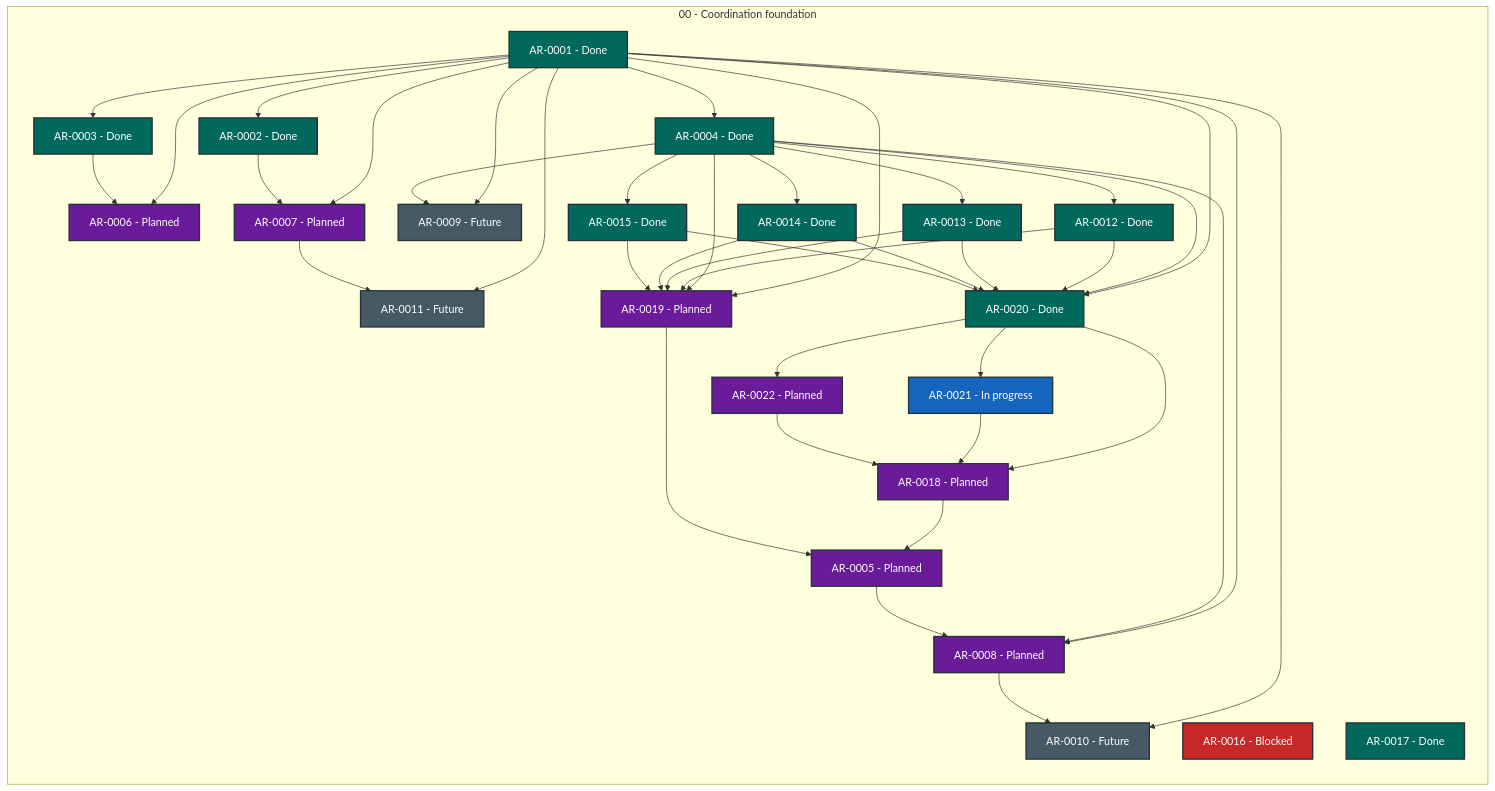
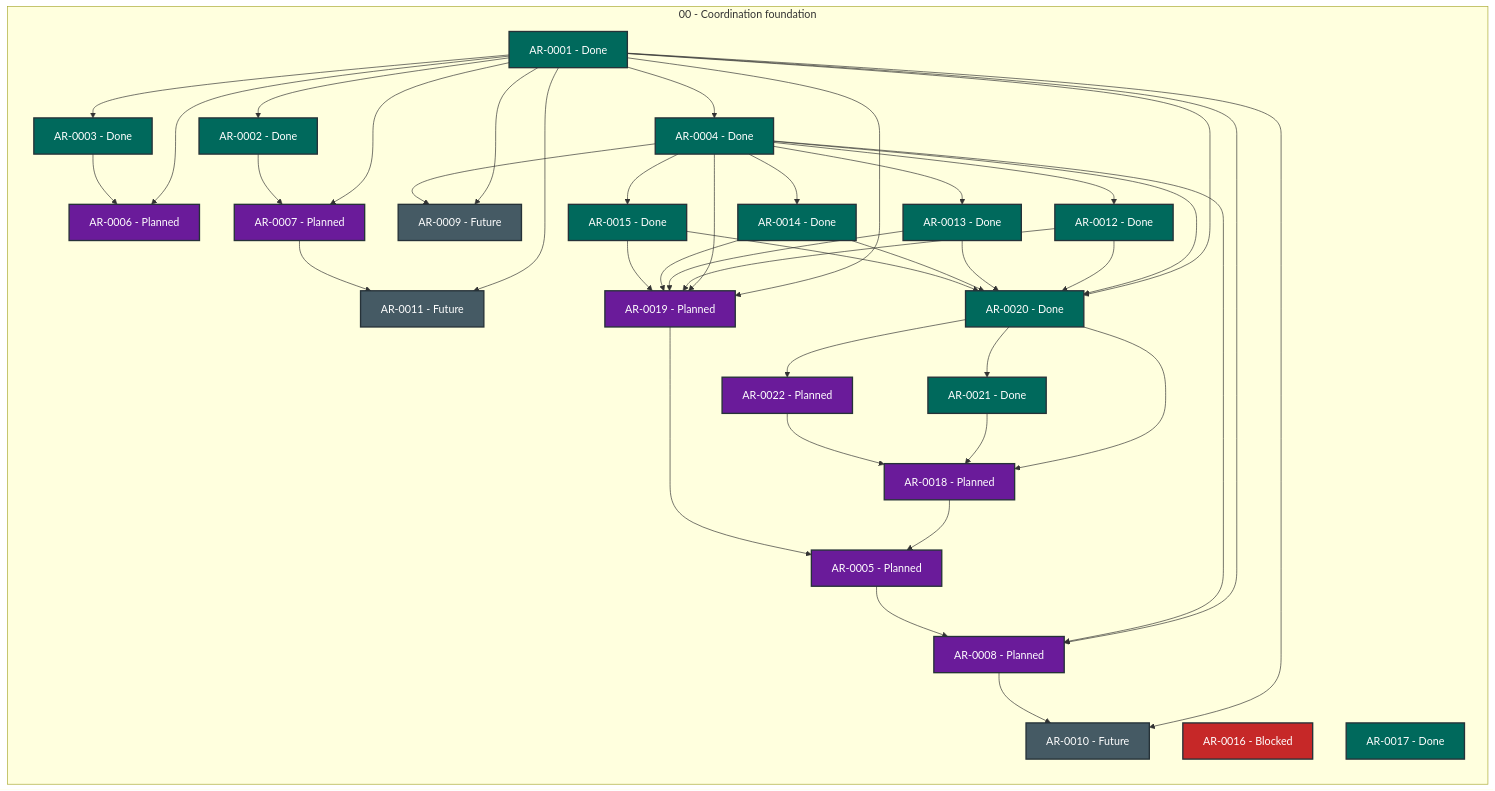
Before and after one commit to martin-beck/agent-workflow-quality-state: the diagram in STATUS.md, drawn with Mermaid. The commit also changed other lines of this file and 2 other files, not shown here.

````diff
--- a/STATUS.md
+++ b/STATUS.md
@@ -27,75 +27,75 @@
 ```mermaid
 flowchart LR
     subgraph series_00["00 - Coordination foundation"]
         direction TB
         AR_0001["AR-0001 - Done"]:::status_done
         AR_0002["AR-0002 - Done"]:::status_done
         AR_0003["AR-0003 - Done"]:::status_done
         AR_0004["AR-0004 - Done"]:::status_done
         AR_0005["AR-0005 - Planned"]:::status_planned
         AR_0006["AR-0006 - Planned"]:::status_planned
         AR_0007["AR-0007 - Planned"]:::status_planned
         AR_0008["AR-0008 - Planned"]:::status_planned
         AR_0009["AR-0009 - Future"]:::status_future
         AR_0010["AR-0010 - Future"]:::status_future
         AR_0011["AR-0011 - Future"]:::status_future
         AR_0012["AR-0012 - Done"]:::status_done
         AR_0013["AR-0013 - Done"]:::status_done
         AR_0014["AR-0014 - Done"]:::status_done
         AR_0015["AR-0015 - Done"]:::status_done
         AR_0016["AR-0016 - Blocked"]:::status_blocked
         AR_0017["AR-0017 - Done"]:::status_done
         AR_0018["AR-0018 - Planned"]:::status_planned
         AR_0019["AR-0019 - Planned"]:::status_planned
         AR_0020["AR-0020 - Done"]:::status_done
-        AR_0021["AR-0021 - In progress"]:::status_in_progress
+        AR_0021["AR-0021 - Done"]:::status_done
         AR_0022["AR-0022 - Planned"]:::status_planned
     end
     AR_0001 --> AR_0002
     AR_0001 --> AR_0003
     AR_0001 --> AR_0004
     AR_0001 --> AR_0006
     AR_0001 --> AR_0007
     AR_0001 --> AR_0008
     AR_0001 --> AR_0009
     AR_0001 --> AR_0010
     AR_0001 --> AR_0011
     AR_0001 --> AR_0019
     AR_0001 --> AR_0020
     AR_0002 --> AR_0007
     AR_0003 --> AR_0006
     AR_0004 --> AR_0008
     AR_0004 --> AR_0009
     AR_0004 --> AR_0012
     AR_0004 --> AR_0013
     AR_0004 --> AR_0014
     AR_0004 --> AR_0015
     AR_0004 --> AR_0019
     AR_0004 --> AR_0020
     AR_0005 --> AR_0008
     AR_0007 --> AR_0011
     AR_0008 --> AR_0010
     AR_0012 --> AR_0019
     AR_0012 --> AR_0020
     AR_0013 --> AR_0019
     AR_0013 --> AR_0020
     AR_0014 --> AR_0019
     AR_0014 --> AR_0020
     AR_0015 --> AR_0019
     AR_0015 --> AR_0020
     AR_0018 --> AR_0005
     AR_0019 --> AR_0005
     AR_0020 --> AR_0018
     AR_0020 --> AR_0021
     AR_0020 --> AR_0022
     AR_0021 --> AR_0018
     AR_0022 --> AR_0018
     classDef status_in_progress fill:#1565c0,color:#ffffff,stroke:#263238,stroke-width:2px
     classDef status_open fill:#2e7d32,color:#ffffff,stroke:#263238,stroke-width:2px
     classDef status_blocked fill:#c62828,color:#ffffff,stroke:#263238,stroke-width:2px
     classDef status_planned fill:#6a1b9a,color:#ffffff,stroke:#263238,stroke-width:2px
     classDef status_future fill:#455a64,color:#ffffff,stroke:#263238,stroke-width:2px
     classDef status_done fill:#00695c,color:#ffffff,stroke:#263238,stroke-width:2px
     classDef status_cancelled fill:#616161,color:#ffffff,stroke:#263238,stroke-width:2px
     classDef status_superseded fill:#5d4037,color:#ffffff,stroke:#263238,stroke-width:2px
 ```
````
